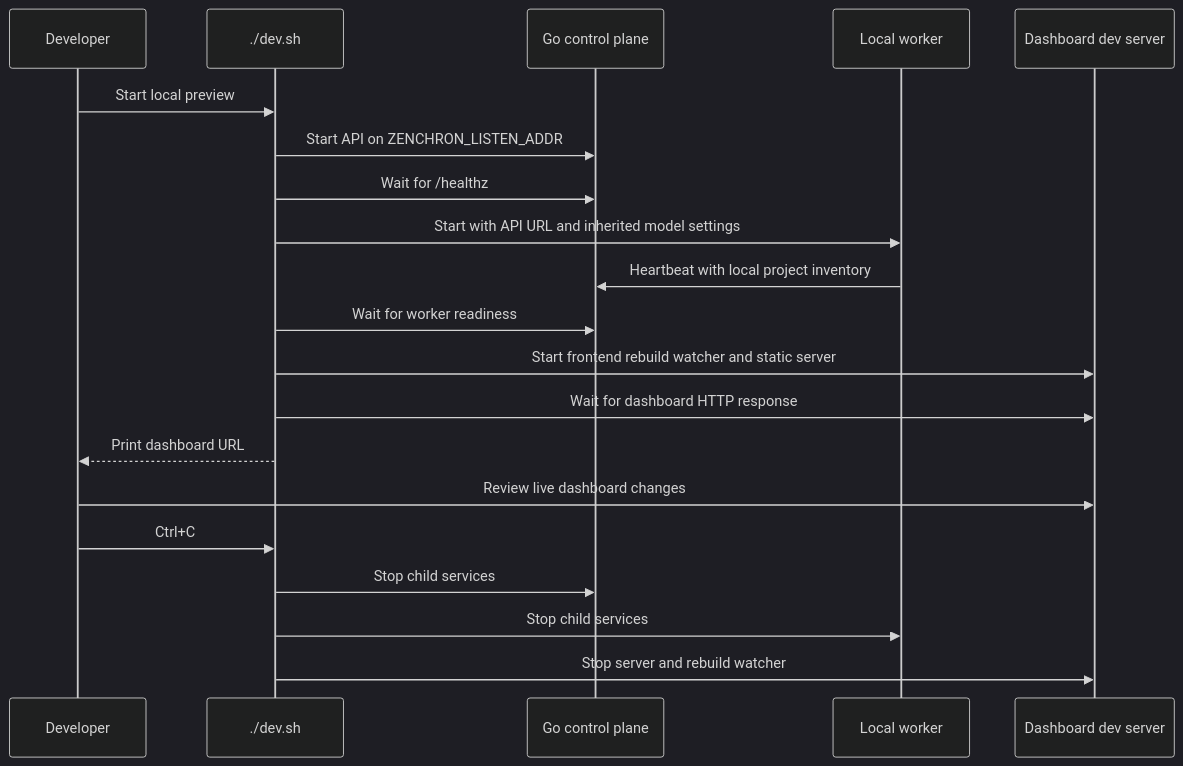
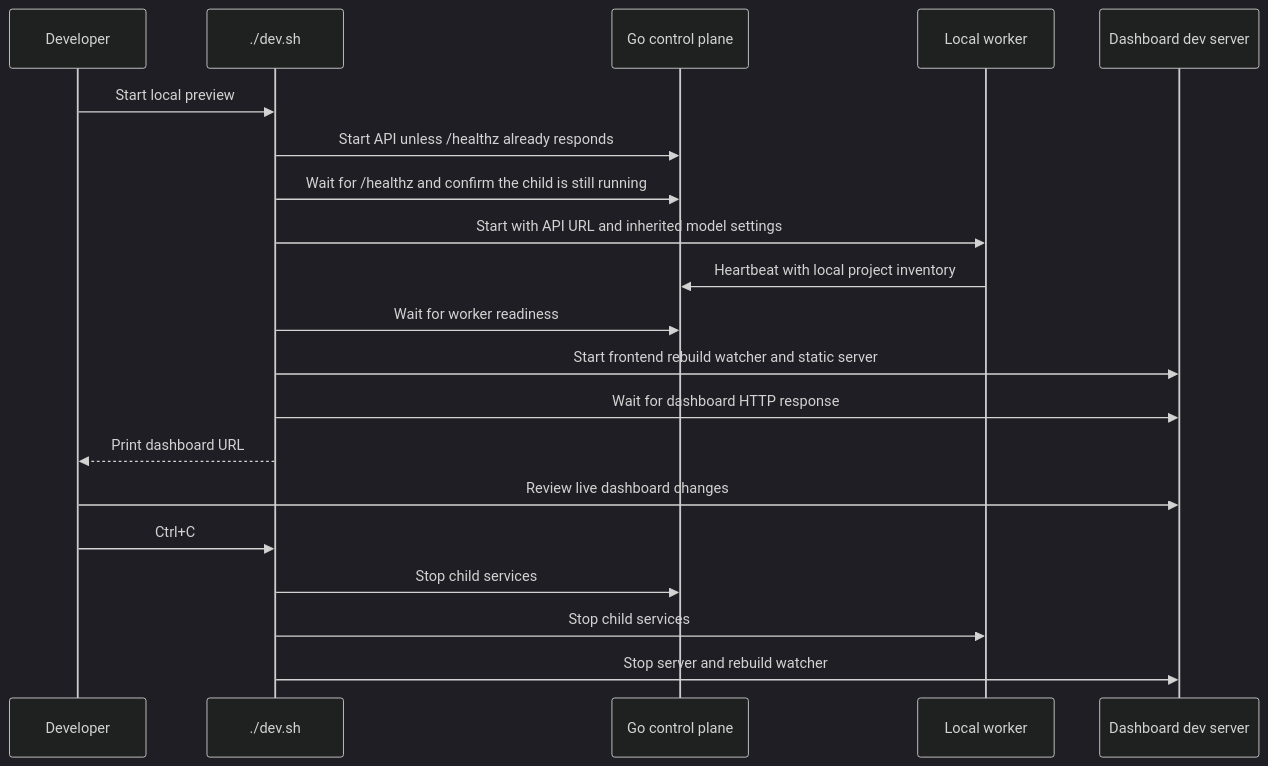
The diagram in docs/features/local-preview.md (bogdaniel/zenchron-engineering-os), drawn with Mermaid (dark theme) before and after one commit. The commit also changed other lines of this file and 1 other file, not shown here.

````diff
--- a/docs/features/local-preview.md
+++ b/docs/features/local-preview.md
@@ -7,22 +7,22 @@
 ```mermaid
 sequenceDiagram
     participant Dev as Developer
     participant Start as ./dev.sh
     participant API as Go control plane
     participant Worker as Local worker
     participant UI as Dashboard dev server
     Dev->>Start: Start local preview
-    Start->>API: Start API on ZENCHRON_LISTEN_ADDR
-    Start->>API: Wait for /healthz
+    Start->>API: Start API unless /healthz already responds
+    Start->>API: Wait for /healthz and confirm the child is still running
     Start->>Worker: Start with API URL and inherited model settings
     Worker->>API: Heartbeat with local project inventory
     Start->>API: Wait for worker readiness
     Start->>UI: Start frontend rebuild watcher and static server
     Start->>UI: Wait for dashboard HTTP response
     Start-->>Dev: Print dashboard URL
     Dev->>UI: Review live dashboard changes
     Dev->>Start: Ctrl+C
     Start->>API: Stop child services
     Start->>Worker: Stop child services
     Start->>UI: Stop server and rebuild watcher
 ```
````
